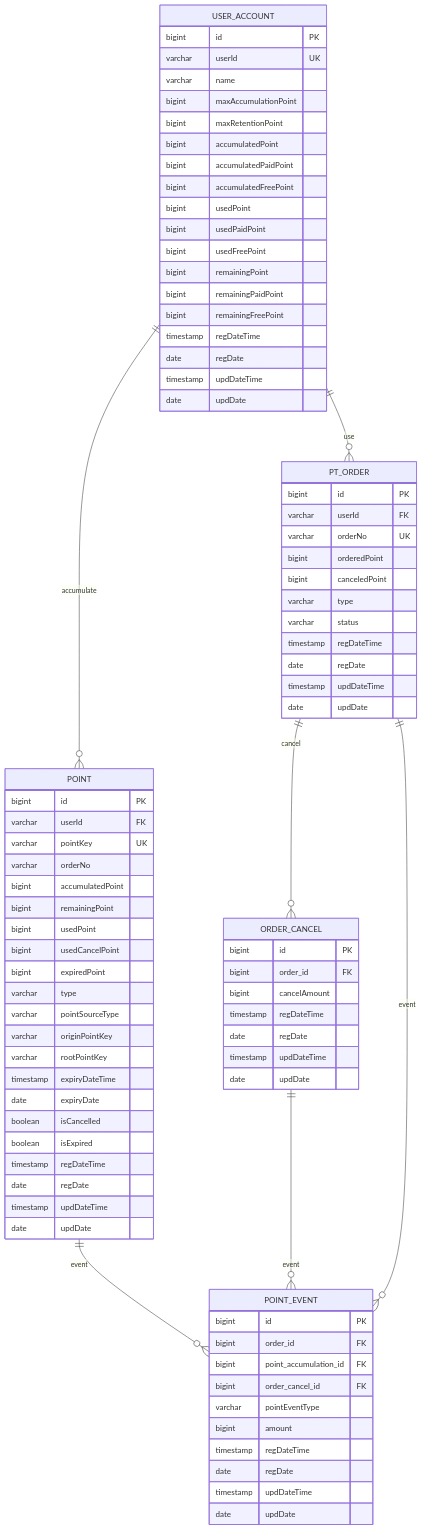
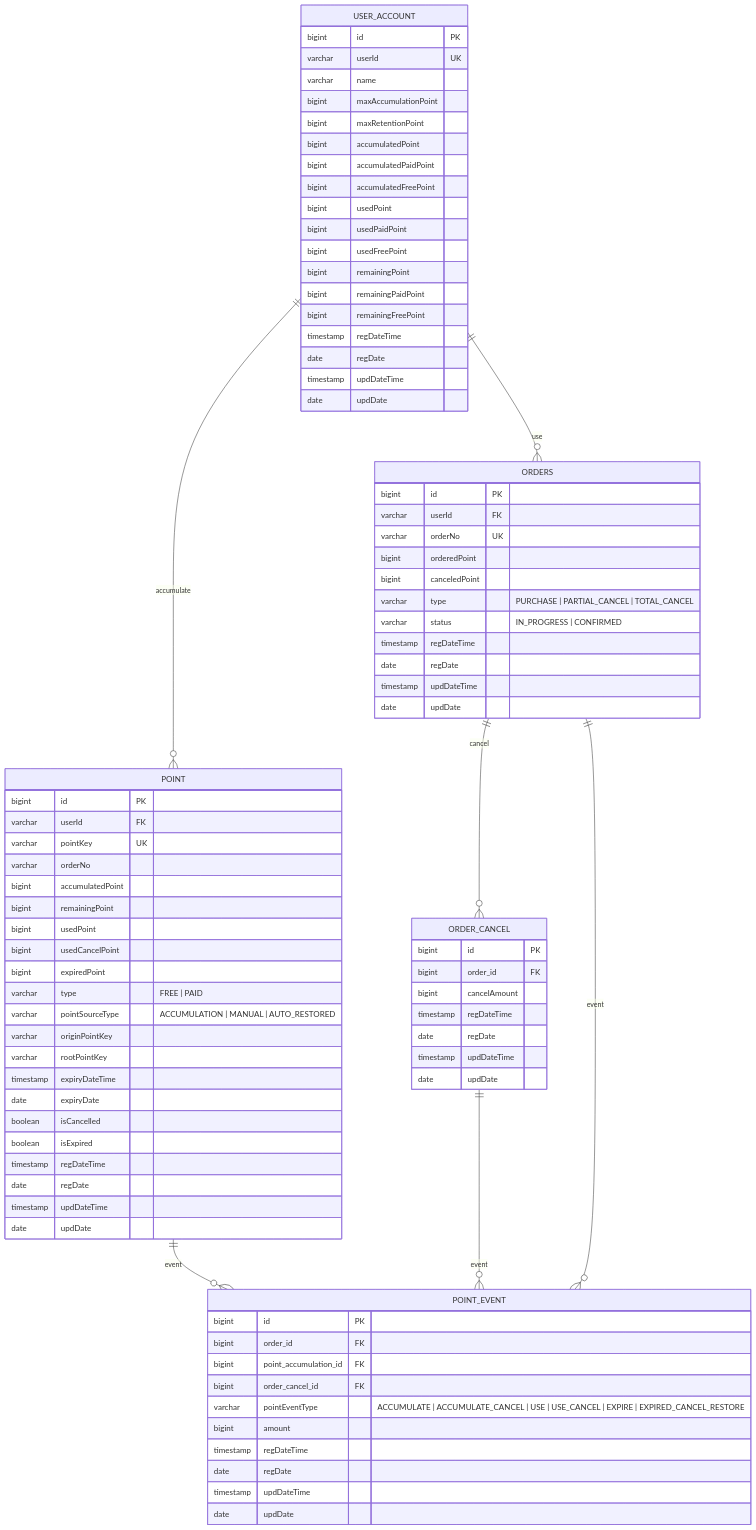
Before and after one commit to muzzaiwork/point: the diagram in docs/데이터베이스 설계.md, drawn with Mermaid. The commit also changed other lines of this file and 4 other files, not shown here.

````diff
--- a/docs/데이터베이스 설계.md
+++ b/docs/데이터베이스 설계.md
@@ -10,9 +10,9 @@
 ```mermaid
 erDiagram
     USER_ACCOUNT ||--o{ POINT : "accumulate"
-    USER_ACCOUNT ||--o{ PT_ORDER : "use"
-    PT_ORDER ||--o{ ORDER_CANCEL : "cancel"
-    PT_ORDER ||--o{ POINT_EVENT : "event"
+    USER_ACCOUNT ||--o{ ORDERS : "use"
+    ORDERS ||--o{ ORDER_CANCEL : "cancel"
+    ORDERS ||--o{ POINT_EVENT : "event"
     POINT ||--o{ POINT_EVENT : "event"
     ORDER_CANCEL ||--o{ POINT_EVENT : "event"
 
@@ -47,8 +47,8 @@
         bigint usedPoint
         bigint usedCancelPoint
         bigint expiredPoint
-        varchar type
-        varchar pointSourceType
+        varchar type "FREE | PAID"
+        varchar pointSourceType "ACCUMULATION | MANUAL | AUTO_RESTORED"
         varchar originPointKey
         varchar rootPointKey
         timestamp expiryDateTime
@@ -61,14 +61,14 @@
         date updDate
     }
 
-    PT_ORDER {
+    ORDERS {
         bigint id PK
         varchar userId FK
         varchar orderNo UK
         bigint orderedPoint
         bigint canceledPoint
-        varchar type
-        varchar status
+        varchar type "PURCHASE | PARTIAL_CANCEL | TOTAL_CANCEL"
+        varchar status "IN_PROGRESS | CONFIRMED"
         timestamp regDateTime
         date regDate
         timestamp updDateTime
@@ -90,7 +90,7 @@
         bigint order_id FK
         bigint point_accumulation_id FK
         bigint order_cancel_id FK
-        varchar pointEventType
+        varchar pointEventType "ACCUMULATE | ACCUMULATE_CANCEL | USE | USE_CANCEL | EXPIRE | EXPIRED_CANCEL_RESTORE"
         bigint amount
         timestamp regDateTime
         date regDate
````
